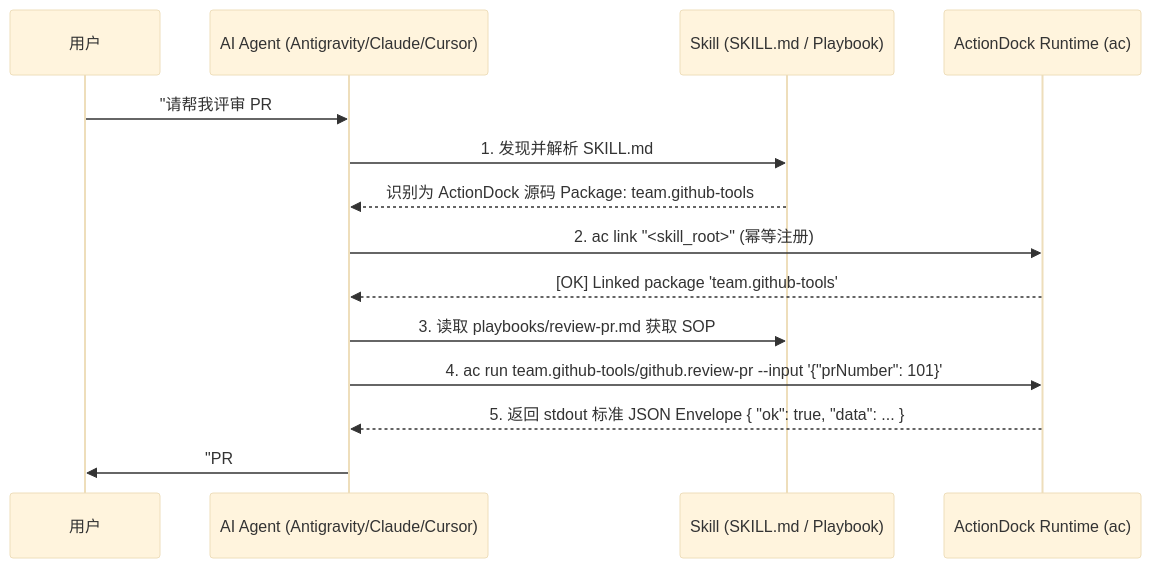
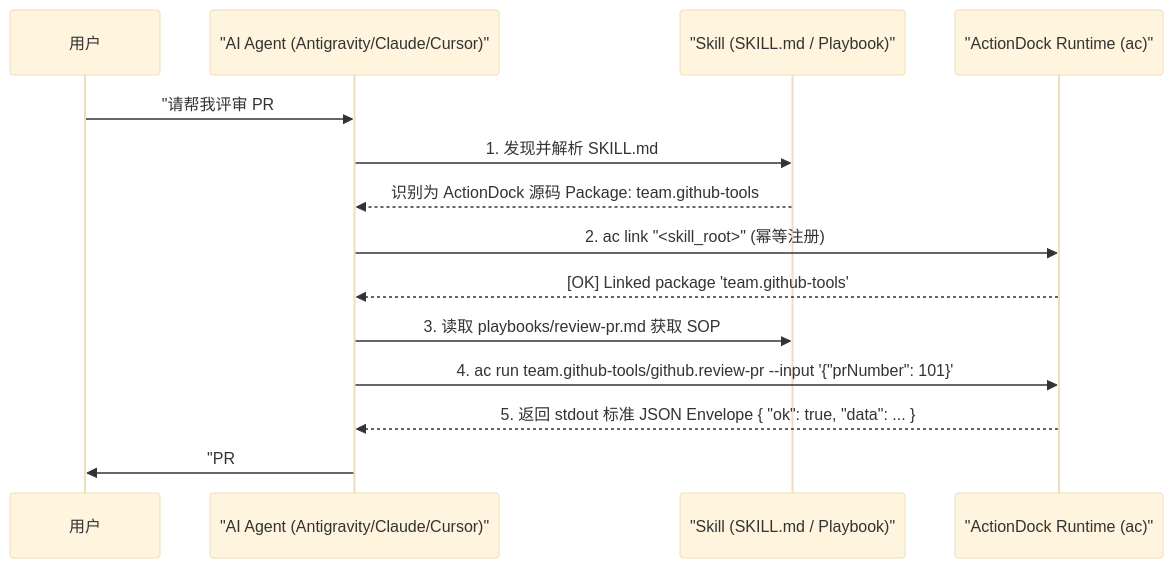
Before and after one commit to team4u/actiondock: the second of 2 diagrams in docs/skill-guide.md, drawn with Mermaid (base theme). The commit also changed other lines of this file and 9 other files, not shown here.

Commit message:
docs: fix Mermaid subgraph identifiers and quote participant labels

````diff
--- a/docs/skill-guide.md
+++ b/docs/skill-guide.md
@@ -167,17 +167,17 @@
 ```mermaid
 sequenceDiagram
     participant User as 用户
-    participant Agent as AI Agent (Antigravity/Claude/Cursor)
-    participant Skill as Skill (SKILL.md / Playbook)
-    participant Runtime as ActionDock Runtime (ac)
+    participant Agent as "AI Agent (Antigravity/Claude/Cursor)"
+    participant Skill as "Skill (SKILL.md / Playbook)"
+    participant Runtime as "ActionDock Runtime (ac)"
 
     User->>Agent: "请帮我评审 PR #101"
     Agent->>Skill: 1. 发现并解析 SKILL.md
     Skill-->>Agent: 识别为 ActionDock 源码 Package: team.github-tools
     Agent->>Runtime: 2. ac link "<skill_root>" (幂等注册)
     Runtime-->>Agent: [OK] Linked package 'team.github-tools'
     Agent->>Skill: 3. 读取 playbooks/review-pr.md 获取 SOP
     Agent->>Runtime: 4. ac run team.github-tools/github.review-pr --input '{"prNumber": 101}'
     Runtime-->>Agent: 5. 返回 stdout 标准 JSON Envelope { "ok": true, "data": ... }
     Agent->>User: "PR #101 评审完成，已发表结论。"
 ```
````
